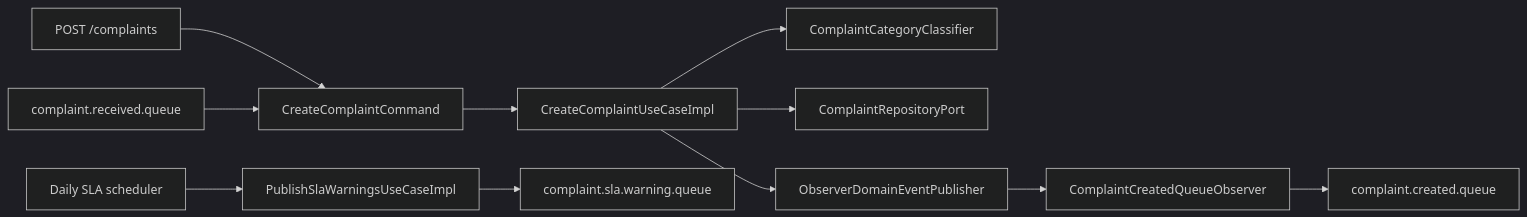
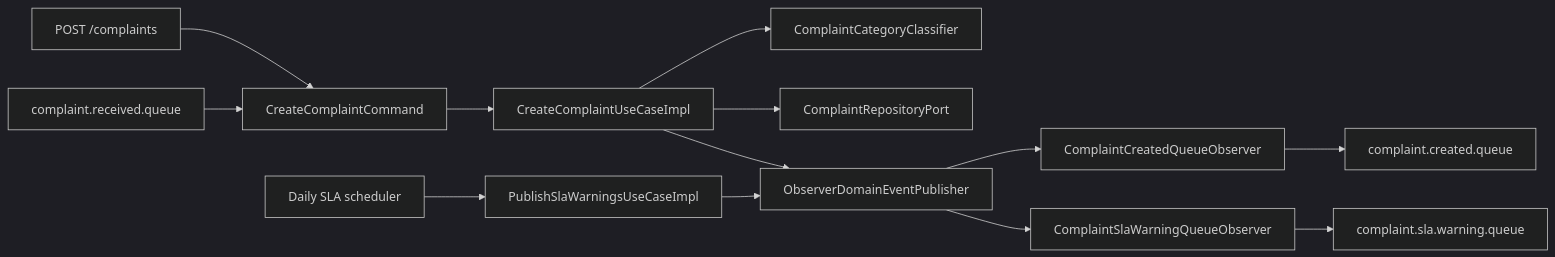
The diagram in README.md (vitescames/complaint-management-service), drawn with Mermaid (dark theme) before and after one commit. The commit also changed other lines of this file and 26 other files, not shown here.

Commit message:
refactor: improing code and architecture

````diff
--- a/README.md
+++ b/README.md
@@ -49,13 +49,15 @@
 ```mermaid
 flowchart LR
     A["POST /complaints"] --> C["CreateComplaintCommand"]
     B["complaint.received.queue"] --> C["CreateComplaintCommand"]
     C --> D["CreateComplaintUseCaseImpl"]
     D --> E["ComplaintCategoryClassifier"]
     D --> F["ComplaintRepositoryPort"]
     D --> G["ObserverDomainEventPublisher"]
     G --> H["ComplaintCreatedQueueObserver"]
     H --> I["complaint.created.queue"]
     J["Daily SLA scheduler"] --> K["PublishSlaWarningsUseCaseImpl"]
-    K --> L["complaint.sla.warning.queue"]
+    K --> G
+    G --> L["ComplaintSlaWarningQueueObserver"]
+    L --> M["complaint.sla.warning.queue"]
 ```
````
